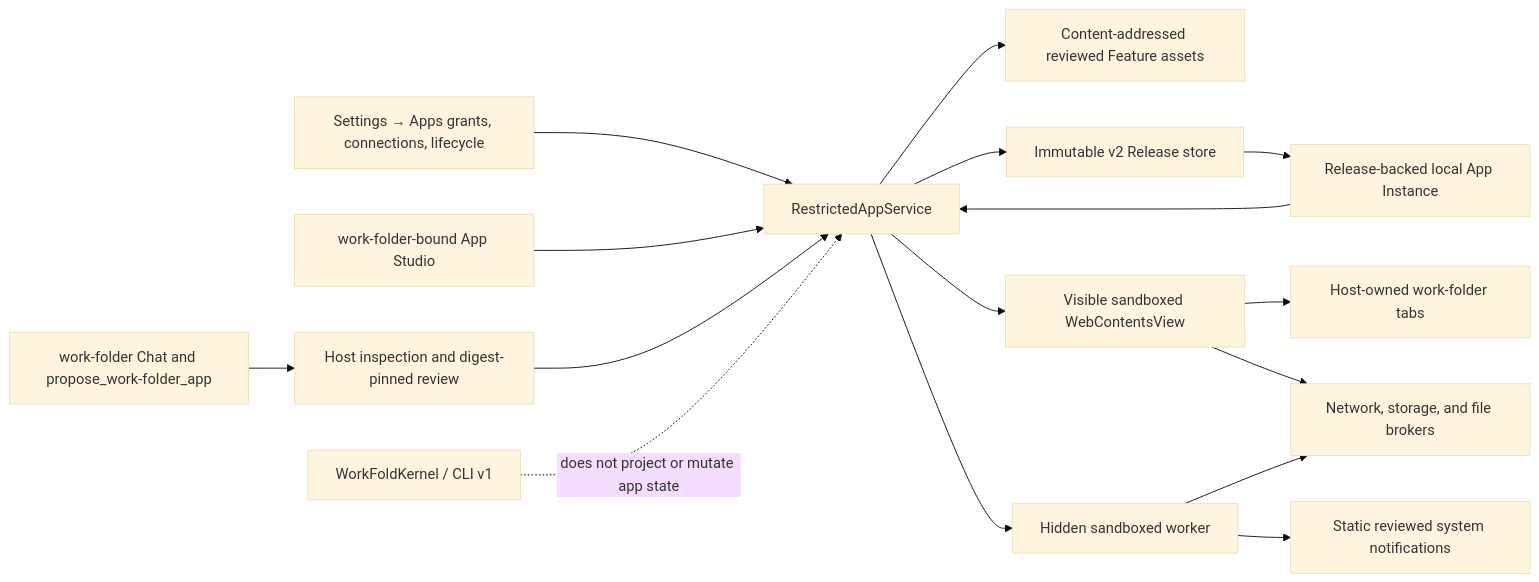
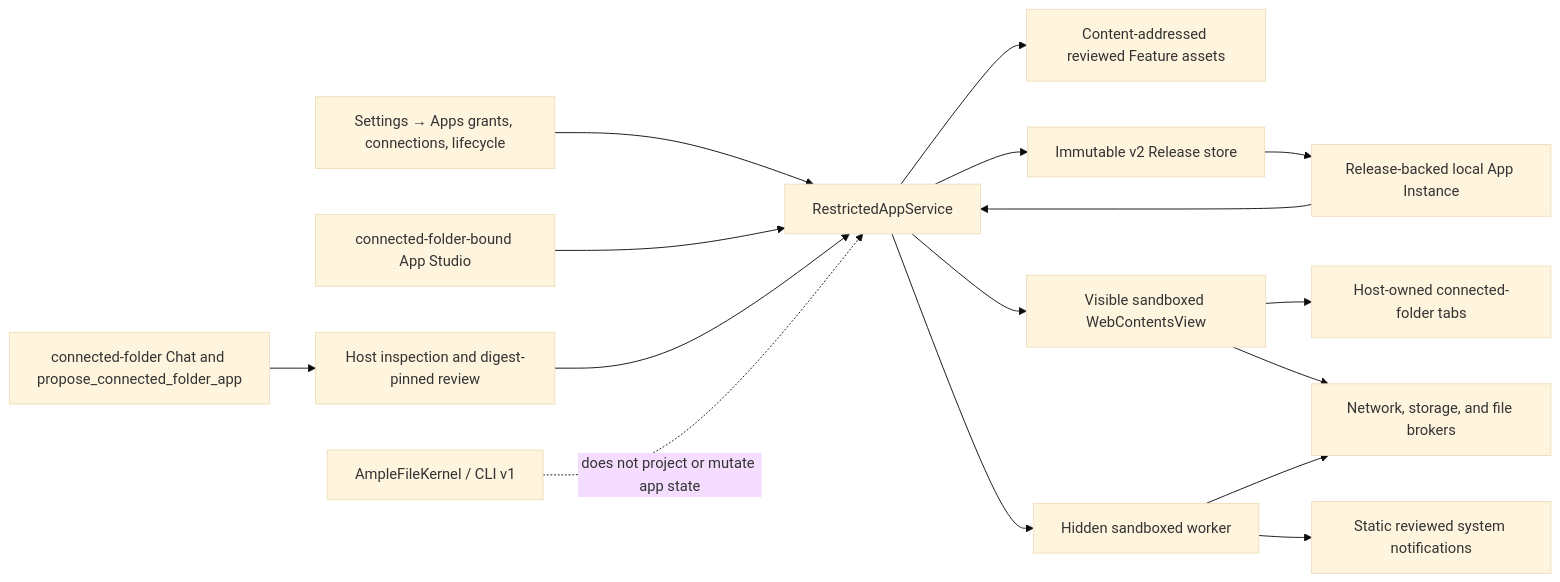
The second of 2 diagrams in docs/architecture.md (Mat-Tom-Son/amplefile), drawn with Mermaid (base theme) before and after one commit. The commit also changed other lines of this file and 1047 other files, not shown here.

First line of the commit message:
Rename work-fold to AmpleFile and work-folder to Connected Folder

````diff
--- a/docs/architecture.md
+++ b/docs/architecture.md
@@ -82,18 +82,18 @@
 ```mermaid
 flowchart LR
-  chat["work-folder Chat and propose_work-folder_app"] --> review["Host inspection and digest-pinned review"]
+  chat["connected-folder Chat and propose_connected_folder_app"] --> review["Host inspection and digest-pinned review"]
   capabilities["Settings → Apps grants, connections, lifecycle"] --> service["RestrictedAppService"]
-  studio["work-folder-bound App Studio"] --> service
+  studio["connected-folder-bound App Studio"] --> service
   review --> service
   service --> staged["Content-addressed reviewed Feature assets"]
   service --> releases["Immutable v2 Release store"]
   releases --> instance["Release-backed local App Instance"]
   instance --> service
   service --> visible["Visible sandboxed WebContentsView"]
   service --> worker["Hidden sandboxed worker"]
-  visible --> tabs["Host-owned work-folder tabs"]
+  visible --> tabs["Host-owned connected-folder tabs"]
   visible --> brokers["Network, storage, and file brokers"]
   worker --> brokers
   worker --> notifications["Static reviewed system notifications"]
-  kernel["WorkFoldKernel / CLI v1"] -. "does not project or mutate app state" .-> service
+  kernel["AmpleFileKernel / CLI v1"] -. "does not project or mutate app state" .-> service
 ```
````
